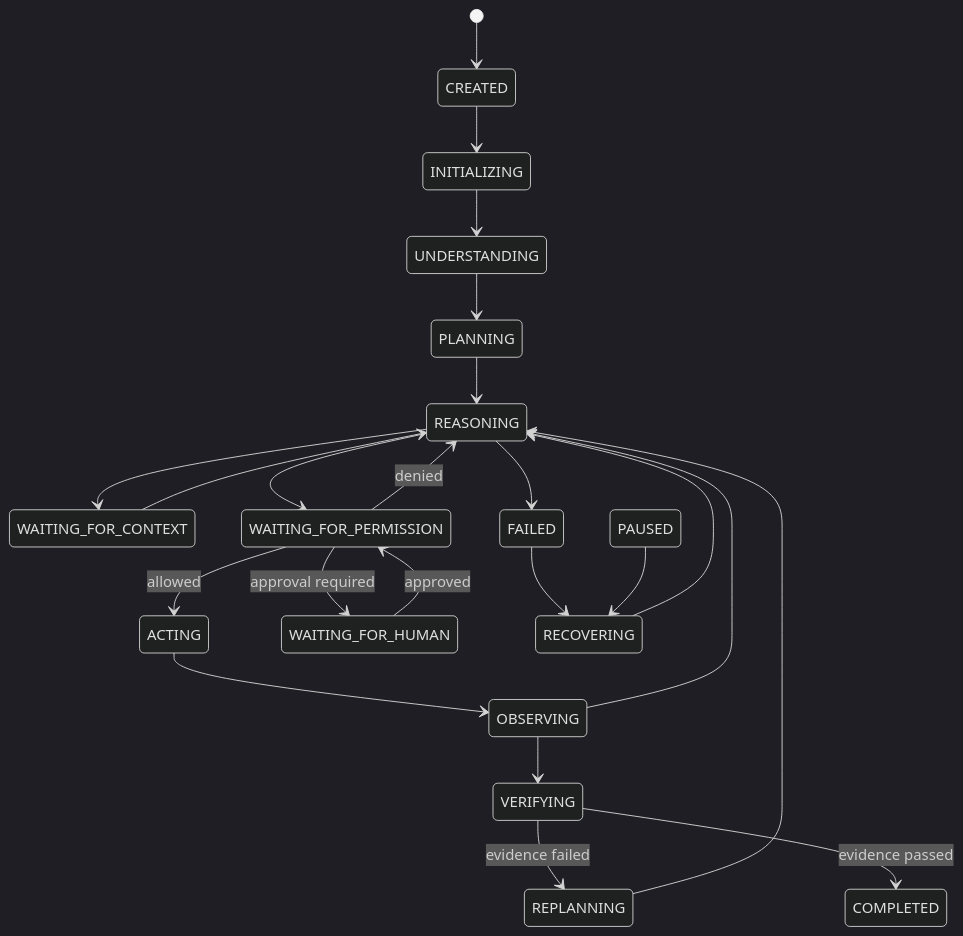
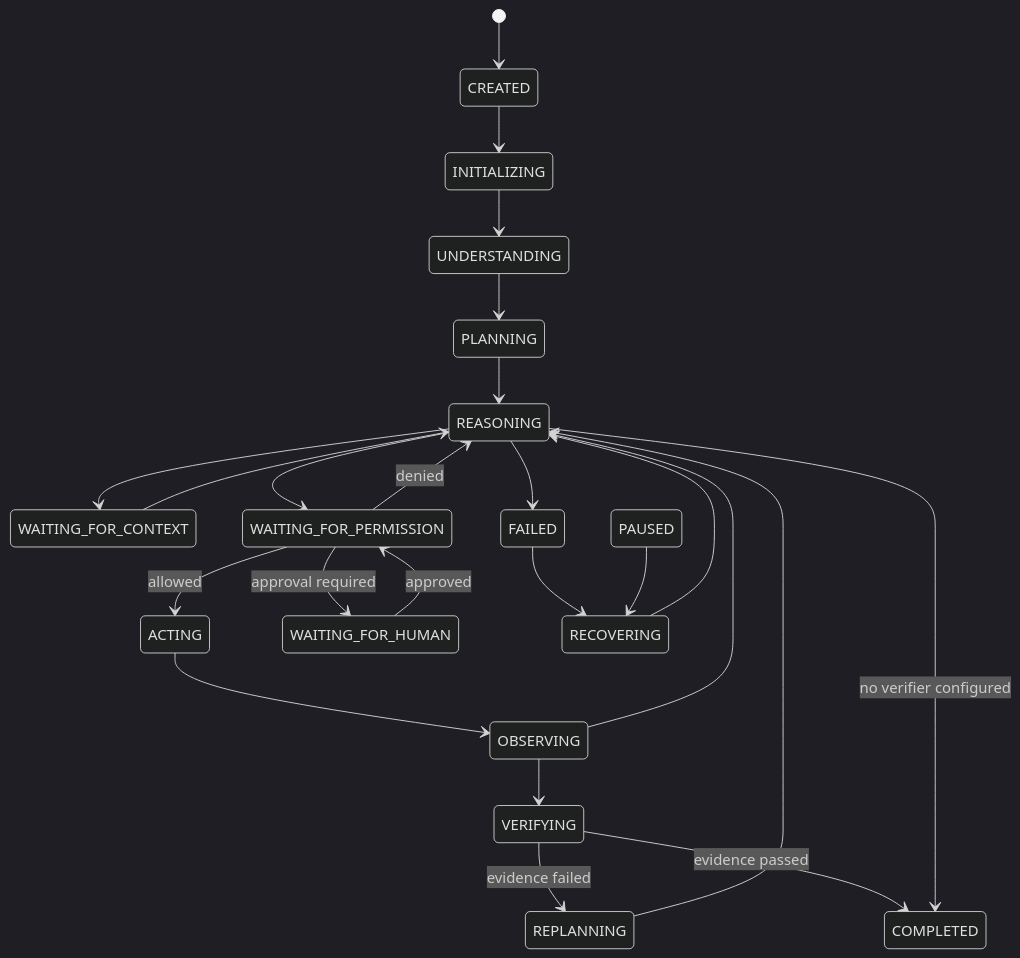
The diagram in docs/learn/08-agent-loops.md (balureddy003/Naro), drawn with Mermaid (dark theme) before and after one commit. The commit also changed other lines of this file and 4 other files, not shown here.

````diff
--- a/docs/learn/08-agent-loops.md
+++ b/docs/learn/08-agent-loops.md
@@ -23,25 +23,26 @@
 ```mermaid
 stateDiagram-v2
     [*] --> CREATED
     CREATED --> INITIALIZING
     INITIALIZING --> UNDERSTANDING
     UNDERSTANDING --> PLANNING
     PLANNING --> REASONING
     REASONING --> WAITING_FOR_CONTEXT
     WAITING_FOR_CONTEXT --> REASONING
     REASONING --> WAITING_FOR_PERMISSION
     WAITING_FOR_PERMISSION --> ACTING: allowed
     WAITING_FOR_PERMISSION --> REASONING: denied
     WAITING_FOR_PERMISSION --> WAITING_FOR_HUMAN: approval required
     WAITING_FOR_HUMAN --> WAITING_FOR_PERMISSION: approved
     ACTING --> OBSERVING
     OBSERVING --> VERIFYING
     OBSERVING --> REASONING
     VERIFYING --> REPLANNING: evidence failed
     REPLANNING --> REASONING
     VERIFYING --> COMPLETED: evidence passed
+    REASONING --> COMPLETED: no verifier configured
     REASONING --> FAILED
     FAILED --> RECOVERING
     PAUSED --> RECOVERING
     RECOVERING --> REASONING
 ```
````
